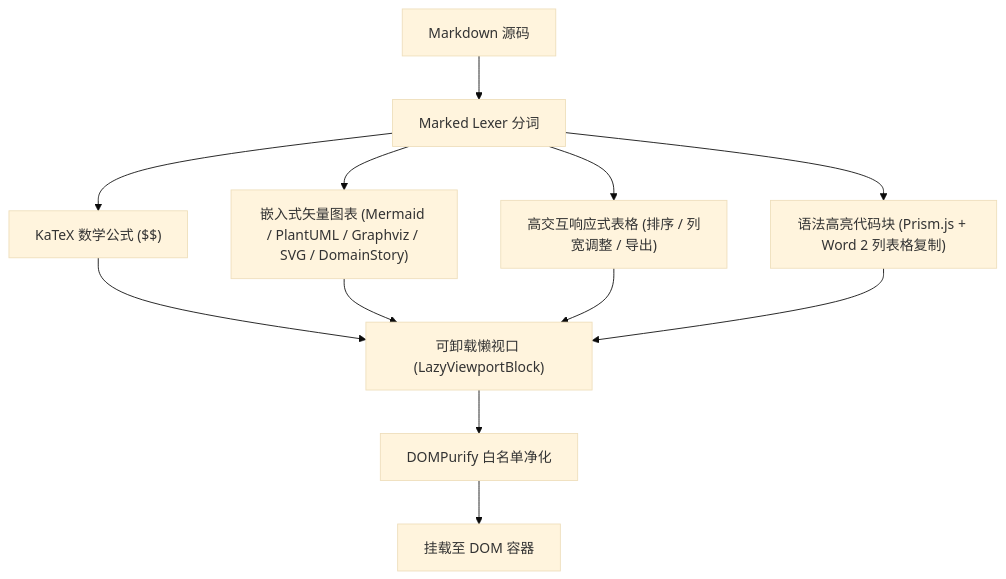
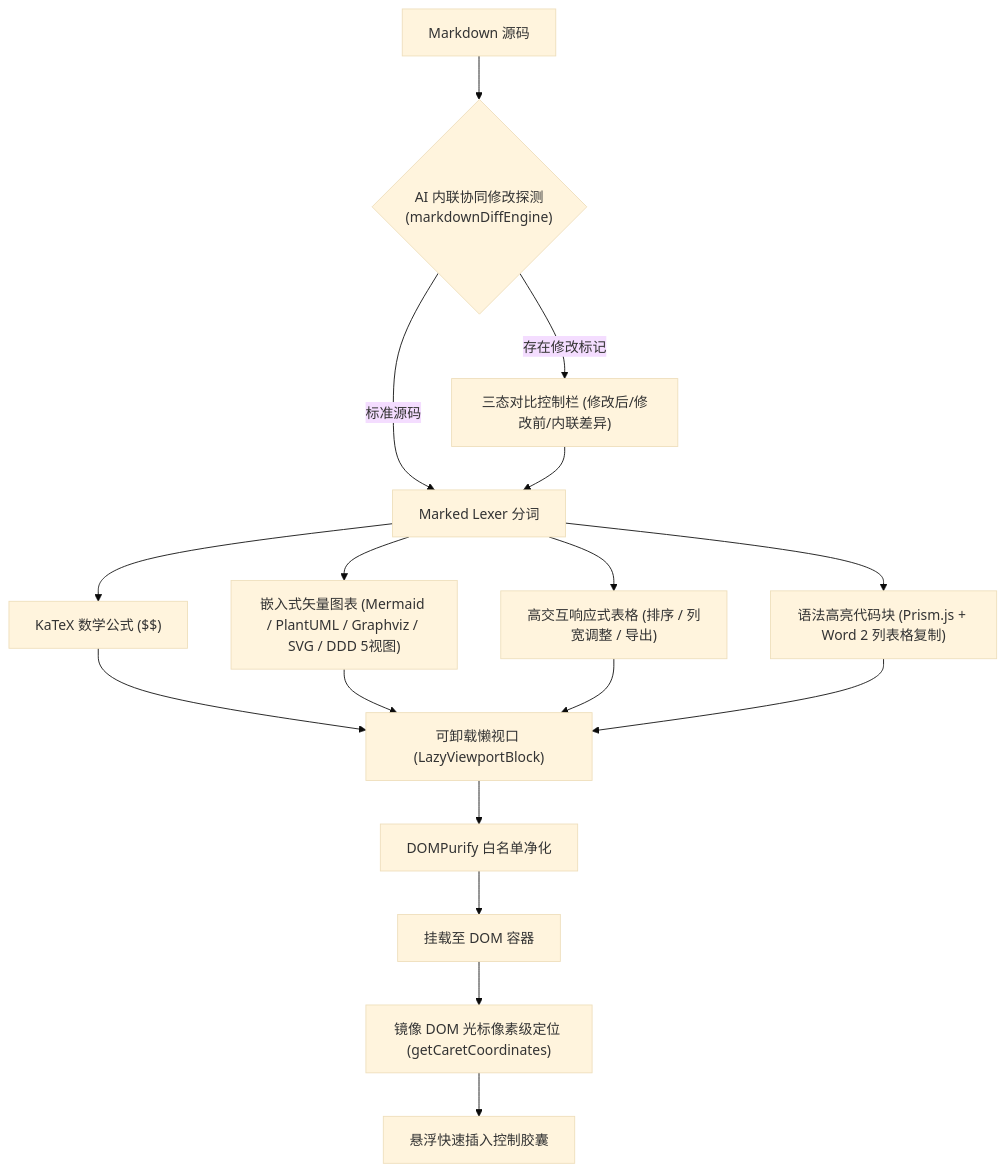
The fifth of 6 diagrams in docs/architecture.md (fsyyzz/OmniView-Open), drawn with Mermaid (base theme) before and after one commit. The commit also changed other lines of this file and 13 other files, not shown here.

````diff
--- a/docs/architecture.md
+++ b/docs/architecture.md
@@ -153,12 +151,17 @@
 ```mermaid
 flowchart TD
-    Src["Markdown 源码"] --> Lex["Marked Lexer 分词"]
+    Src["Markdown 源码"] --> DiffCheck{"AI 内联协同修改探测<br/>(markdownDiffEngine)"}
+    DiffCheck -->|"存在修改标记"| DiffBar["三态对比控制栏 (修改后/修改前/内联差异)"]
+    DiffCheck -->|"标准源码"| Lex["Marked Lexer 分词"]
+    DiffBar --> Lex
     Lex --> B1["KaTeX 数学公式 ($$)"]
-    Lex --> B2["嵌入式矢量图表 (Mermaid / PlantUML / Graphviz / SVG / DomainStory)"]
+    Lex --> B2["嵌入式矢量图表 (Mermaid / PlantUML / Graphviz / SVG / DDD 5视图)"]
     Lex --> B3["高交互响应式表格 (排序 / 列宽调整 / 导出)"]
     Lex --> B4["语法高亮代码块 (Prism.js + Word 2 列表格复制)"]
     
     B1 & B2 & B3 & B4 --> Lazy["可卸载懒视口 (LazyViewportBlock)"]
     Lazy --> Sanitize["DOMPurify 白名单净化"]
     Sanitize --> View["挂载至 DOM 容器"]
+    View --> CaretTrack["镜像 DOM 光标像素级定位 (getCaretCoordinates)"]
+    CaretTrack --> QuickAct["悬浮快速插入控制胶囊"]
 ```
````
